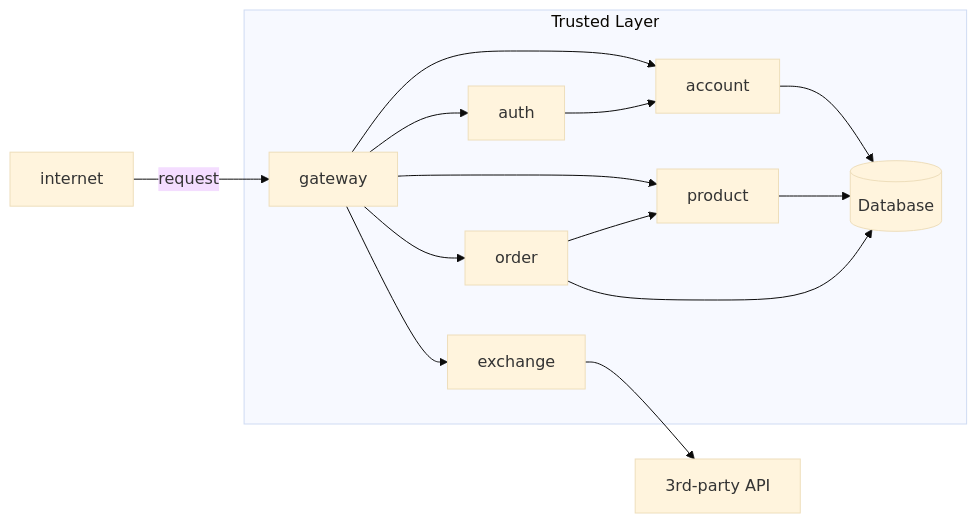
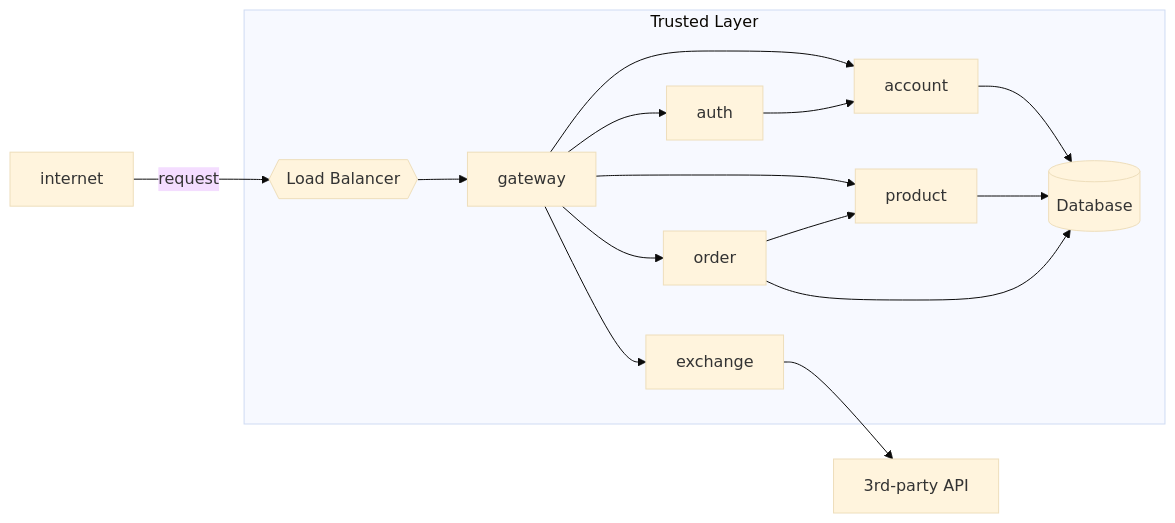
Before and after one commit to Microsserv52/platform: the diagram in docs/index.md, drawn with Mermaid (base theme). The commit also changed 1 other file, not shown here.

Commit message:
add compose and lb to diagram

````diff
--- a/docs/index.md
+++ b/docs/index.md
@@ -13,20 +13,23 @@
 ```mermaid
 flowchart LR
     subgraph api [Trusted Layer]
+        loadbalancer@{shape: hexagon, label: "Load Balancer"}
+        gateway
+        loadbalancer --> gateway
         gateway --> account
         gateway --> auth
         account --> db@{ shape: cyl, label: "Database" }
         auth --> account
         gateway --> exchange
         gateway --> product
         gateway --> order
         product --> db
         order --> db
         order --> product
     end
     exchange --> 3partyapi@{label: "3rd-party API"}
-    internet -->|request| gateway
+    internet -->|request| loadbalancer
     click product "services/product" "Product API"
     click order "services/order" "Order API"
     click exchange "services/exchange" "Exchange API"
 ```
````
